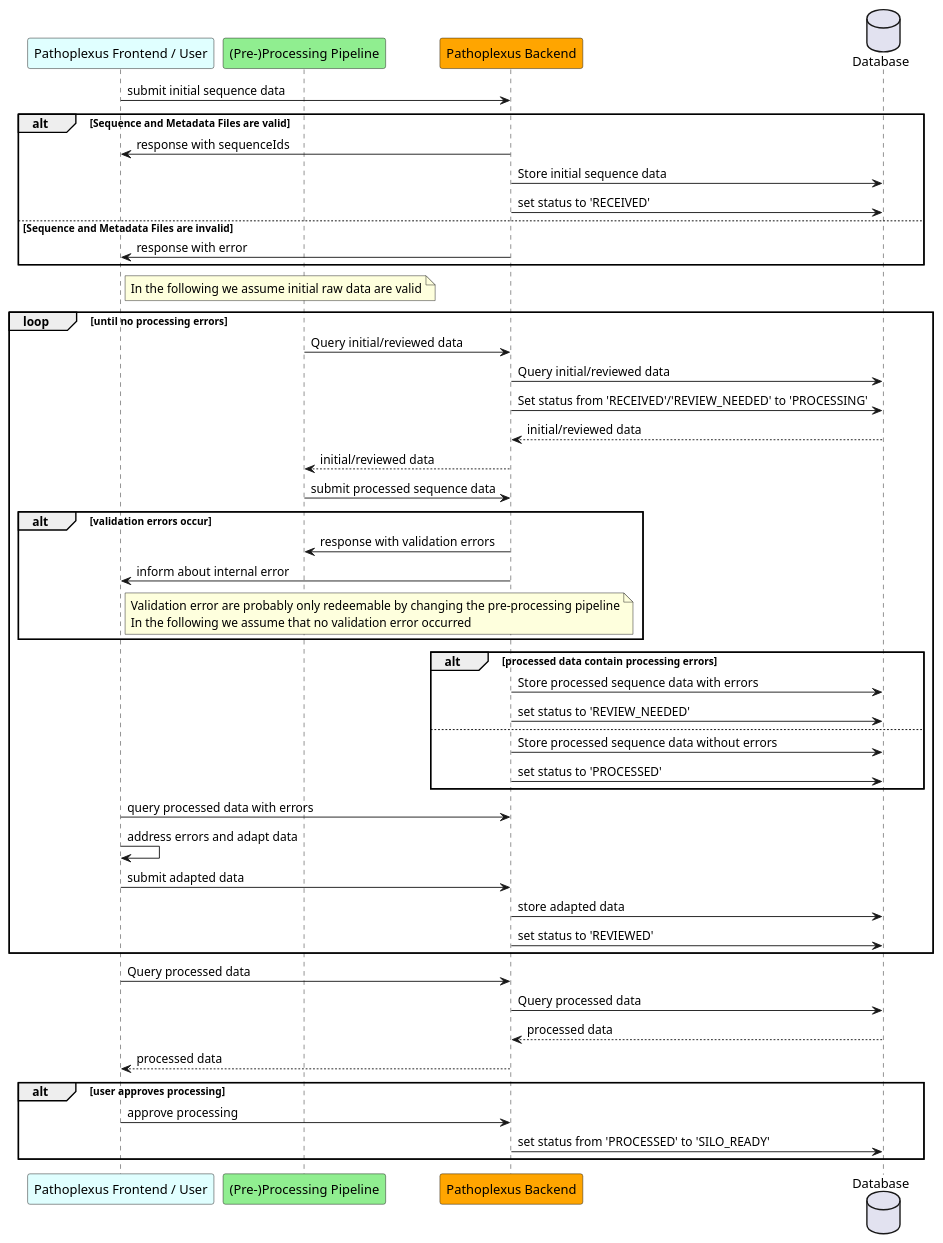
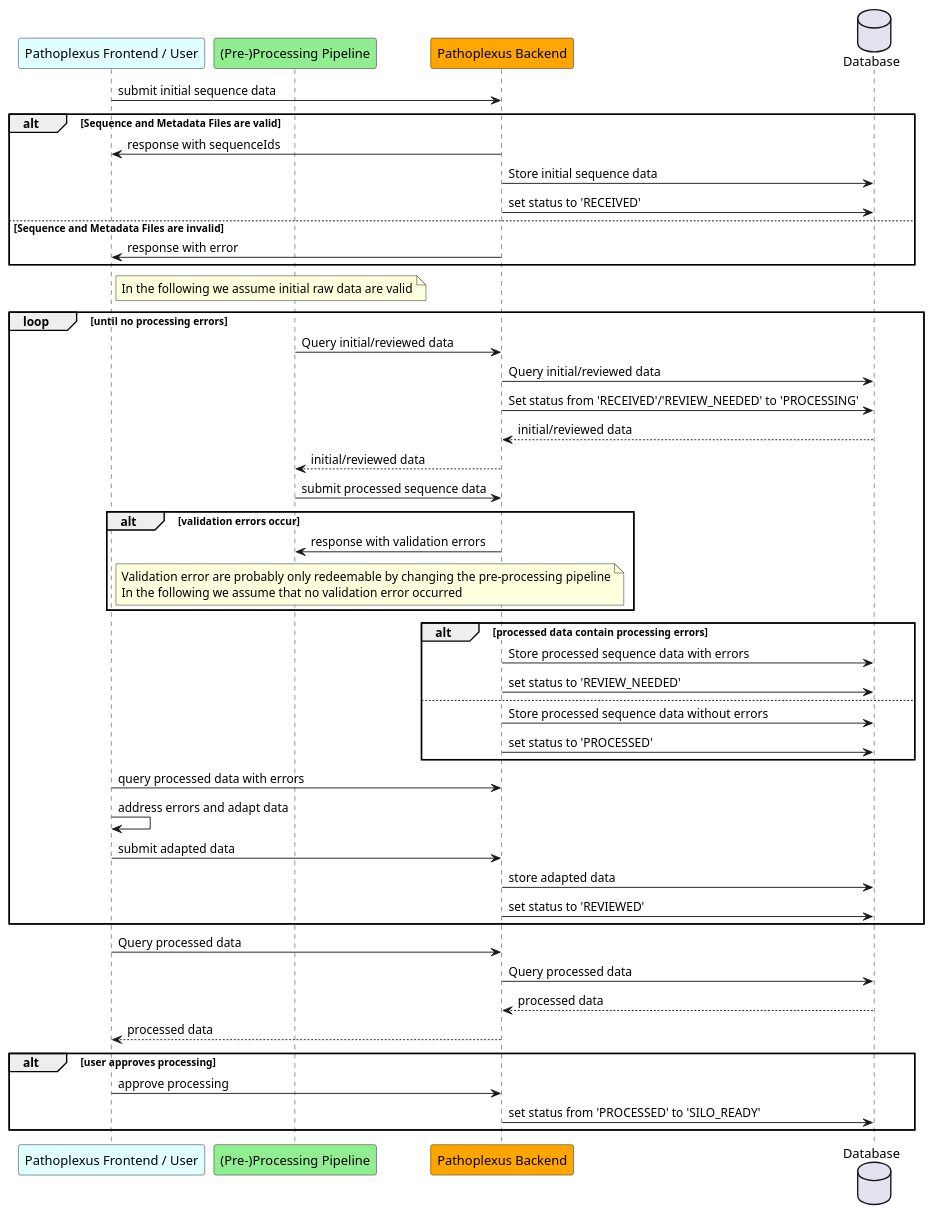
Before and after one commit to loculus-project/loculus: the diagram in backend/docs/plantuml/sequenceInitialSubmission.puml, drawn with PlantUML. The commit also changed 2 other files, not shown here.

Commit message:
docs(backend): adapt sequence diagrams for revocation and revision

```diff
--- a/backend/docs/plantuml/sequenceInitialSubmission.puml
+++ b/backend/docs/plantuml/sequenceInitialSubmission.puml
@@ -1,62 +1,61 @@
 @startuml
     participant "Pathoplexus Frontend / User" as frontend #LightCyan
     participant "(Pre-)Processing Pipeline" as processing #LightGreen
     participant "Pathoplexus Backend" as backend #Orange
     database "Database" as DB
 
     frontend -> backend: submit initial sequence data
     alt Sequence and Metadata Files are valid
         backend -> frontend: response with sequenceIds
         backend -> DB: Store initial sequence data
         backend -> DB: set status to 'RECEIVED'
     else Sequence and Metadata Files are invalid
         backend -> frontend: response with error
     end
 
    note right of frontend
       In the following we assume initial raw data are valid
    end note
 
     loop until no processing errors
 
         processing -> backend: Query initial/reviewed data
         backend -> DB: Query initial/reviewed data
         backend -> DB: Set status from 'RECEIVED'/'REVIEW_NEEDED' to 'PROCESSING'
         DB --> backend: initial/reviewed data
         backend --> processing: initial/reviewed data
 
         processing -> backend: submit processed sequence data
         alt validation errors occur
             backend -> processing: response with validation errors
-            backend -> frontend: inform about internal error
              note right of frontend
                   Validation error are probably only redeemable by changing the pre-processing pipeline
                   In the following we assume that no validation error occurred
                end note
         end loop
 
         alt processed data contain processing errors
             backend -> DB: Store processed sequence data with errors
             backend -> DB: set status to 'REVIEW_NEEDED'
         else
             backend -> DB: Store processed sequence data without errors
             backend -> DB: set status to 'PROCESSED'
         end
          frontend -> backend: query processed data with errors
         frontend -> frontend: address errors and adapt data
 
         frontend -> backend: submit adapted data
         backend -> DB: store adapted data
         backend -> DB: set status to 'REVIEWED'
     end loop
 
 
     frontend -> backend: Query processed data
     backend -> DB: Query processed data
     DB --> backend: processed data
     backend --> frontend: processed data
     alt user approves processing
         frontend -> backend: approve processing
         backend -> DB: set status from 'PROCESSED' to 'SILO_READY'
     end
 @enduml
```
